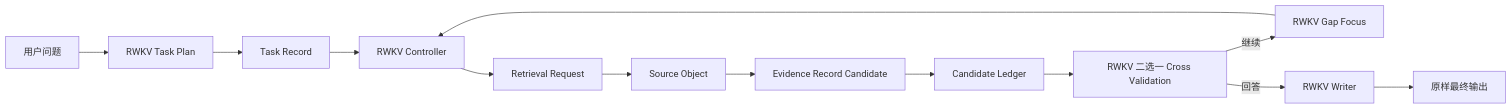
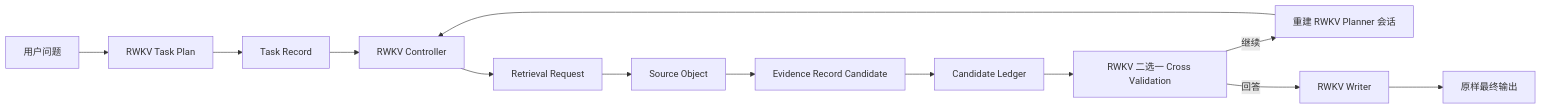
Before and after one commit to rwkv-rs/RWKV-Scout: the diagram in docs/RETRIEVAL_OBJECT_CONTRACT_ROUND27_DESIGN.zh-CN.md, drawn with Mermaid. The commit also changed other lines of this file and 144 other files, not shown here.

Commit message:
feat: preserve record-first RWKV retrieval architecture

````diff
--- a/docs/RETRIEVAL_OBJECT_CONTRACT_ROUND27_DESIGN.zh-CN.md
+++ b/docs/RETRIEVAL_OBJECT_CONTRACT_ROUND27_DESIGN.zh-CN.md
@@ -25,15 +25,15 @@
 ```mermaid
 flowchart LR
     Q["用户问题"] --> P["RWKV Task Plan"]
     P --> T["Task Record"]
     T --> C["RWKV Controller"]
     C --> R["Retrieval Request"]
     R --> S["Source Object"]
     S --> E["Evidence Record Candidate"]
     E --> L["Candidate Ledger"]
     L --> V["RWKV 二选一 Cross Validation"]
-    V -->|继续| F["RWKV Gap Focus"]
+    V -->|继续| F["重建 RWKV Planner 会话"]
     F --> C
     V -->|回答| W["RWKV Writer"]
     W --> O["原样最终输出"]
 ```
````
